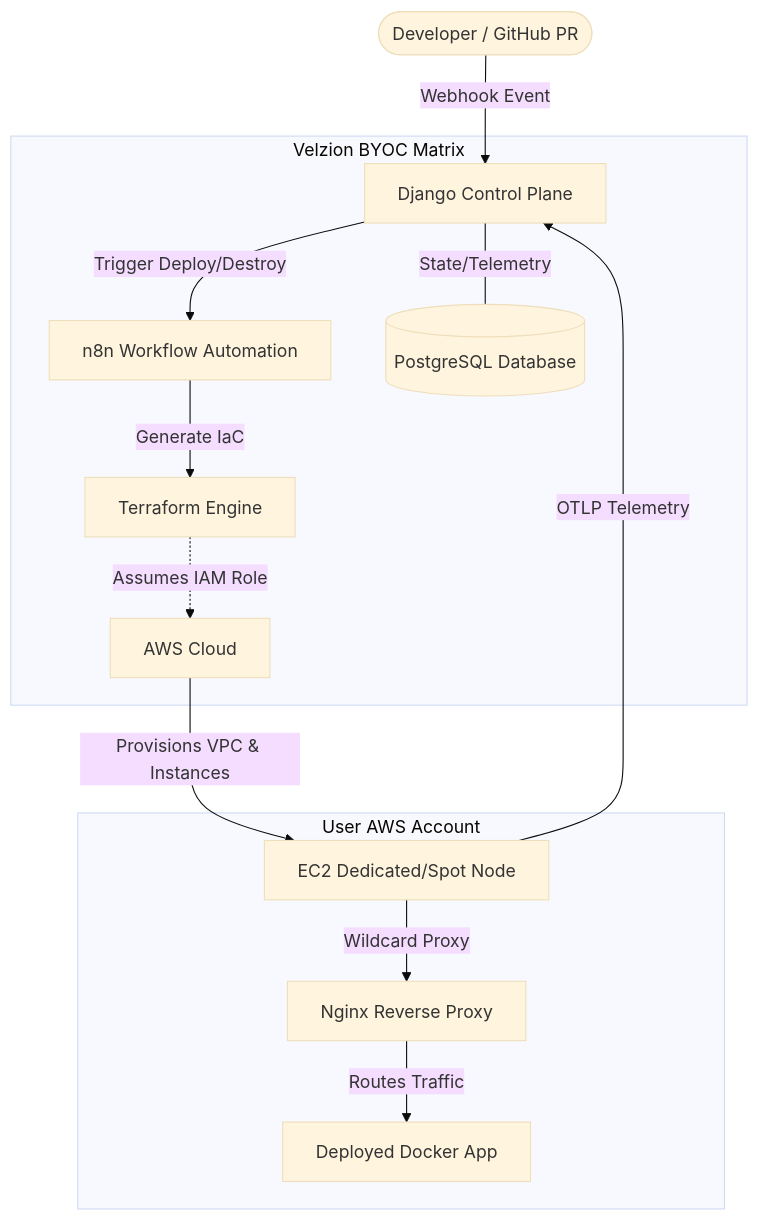
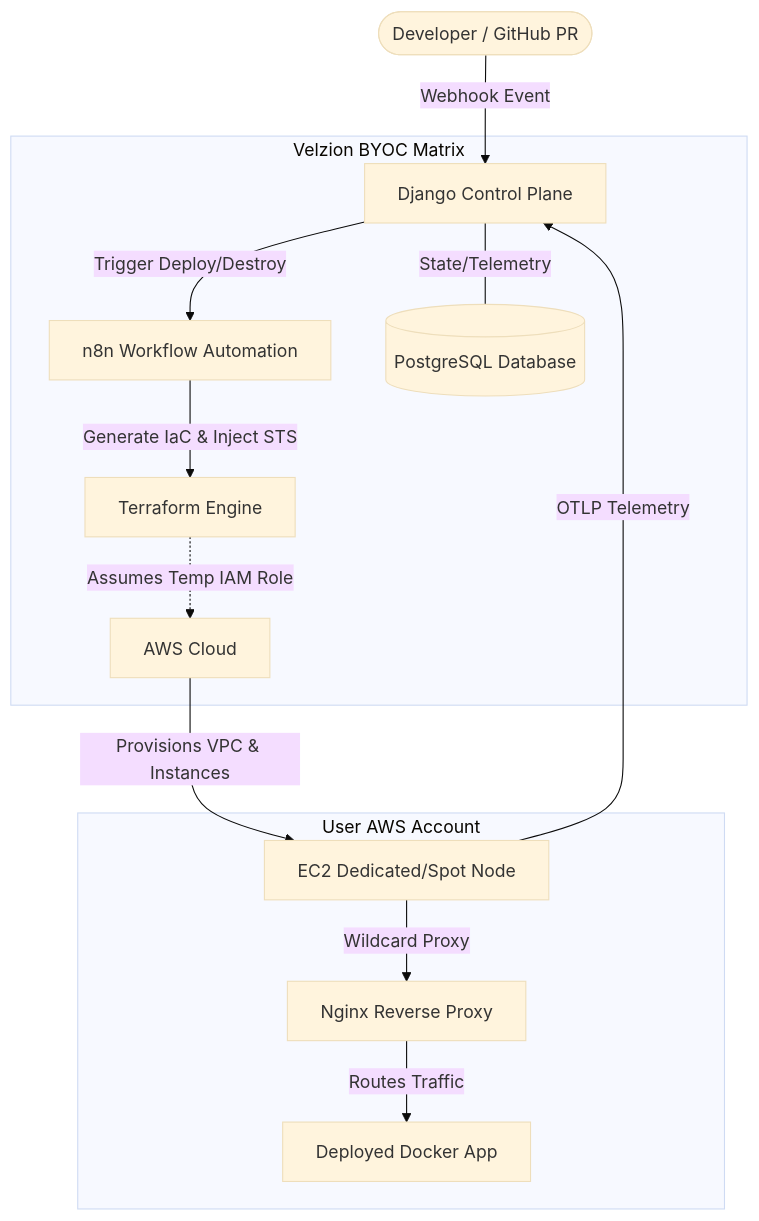
The diagram in README.md (Parth2496Singh/VELZION), drawn with Mermaid (base theme) before and after one commit. The commit also changed other lines of this file and 9 other files, not shown here.

````diff
--- a/README.md
+++ b/README.md
@@ -89,19 +90,19 @@
 ```mermaid
 graph TD
     User([Developer / GitHub PR]) -->|Webhook Event| Django[Django Control Plane]
     
     subgraph Control_Plane [Velzion BYOC Matrix]
         Django -->|Trigger Deploy/Destroy| n8n[n8n Workflow Automation]
         Django ---|State/Telemetry| DB[(PostgreSQL Database)]
         
-        n8n -->|Generate IaC| TF[Terraform Engine]
-        TF -.->|Assumes IAM Role| AWS[AWS Cloud]
+        n8n -->|Generate IaC & Inject STS| TF[Terraform Engine]
+        TF -.->|Assumes Temp IAM Role| AWS[AWS Cloud]
     end
 
     subgraph AWS_Cloud [User AWS Account]
         AWS -->|Provisions VPC & Instances| EC2[EC2 Dedicated/Spot Node]
         EC2 -->|OTLP Telemetry| Django
         EC2 -->|Wildcard Proxy| Nginx[Nginx Reverse Proxy]
         Nginx -->|Routes Traffic| AppContainer[Deployed Docker App]
     end
 ```
````
